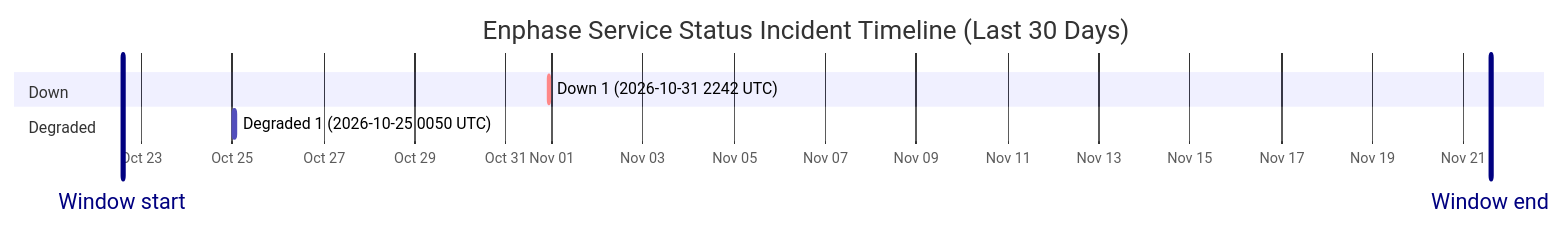
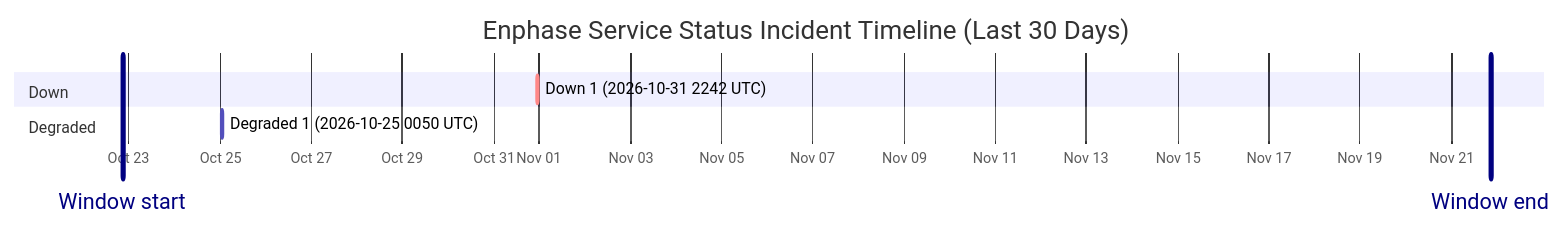
Before and after one commit to barneyonline/ha-enphase-energy: the diagram in wiki/Service-Status-History.md, drawn with Mermaid. The commit also changed other lines of this file and 3 other files, not shown here.

````diff
--- a/wiki/Service-Status-History.md
+++ b/wiki/Service-Status-History.md
@@ -14,12 +14,12 @@
 ```mermaid
 gantt
     title Enphase Service Status Incident Timeline (Last 30 Days)
     dateFormat  YYYY-MM-DDTHH:mm:ss
     axisFormat  %b %d
-    Window start :vert, window-start, 2026-10-22T14:14:42, 0ms
-    Window end :vert, window-end, 2026-11-21T14:14:42, 0ms
+    Window start :vert, window-start, 2026-10-22T20:37:25, 0ms
+    Window end :vert, window-end, 2026-11-21T20:37:25, 0ms
     section Down
     Down 1 (2026-10-31 2242 UTC) :crit, down-1, 2026-10-31T22:42:18, 60m
     section Degraded
     Degraded 1 (2026-10-25 0050 UTC) :active, degraded-1, 2026-10-25T00:50:01, 60m
 ```
````
